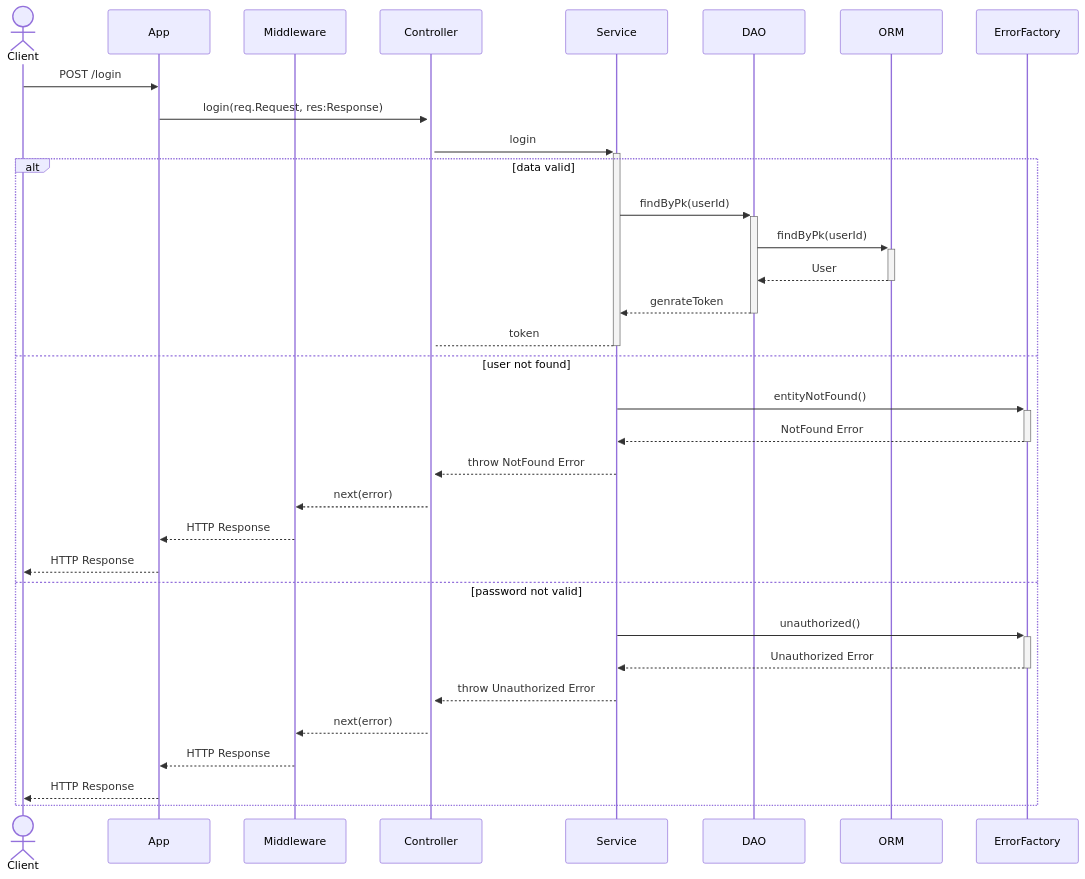
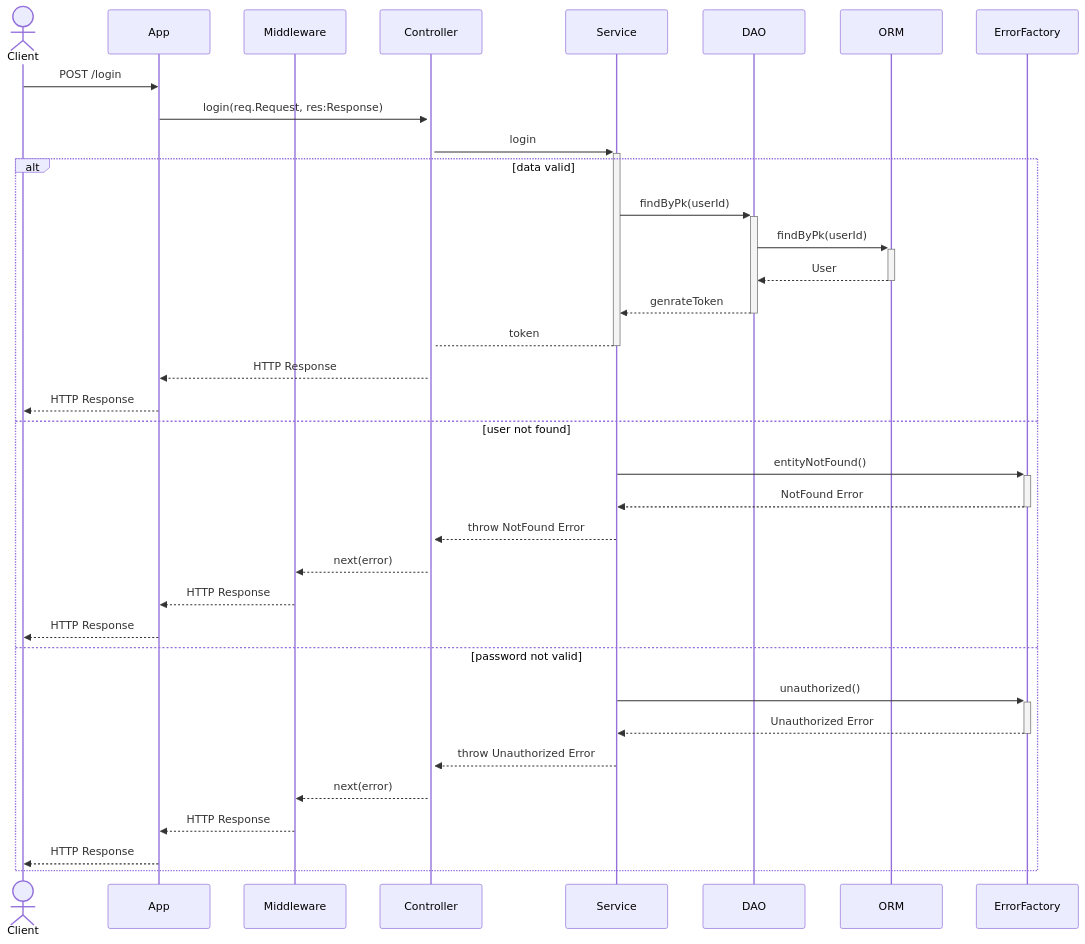
One commit to niccolociotti/parking_PA changed the third of 14 diagrams in README.md. Above: the diagram before and after it, drawn with Mermaid. The commit also changed other lines of this file, not shown here.

````diff
--- a/README.md
+++ b/README.md
@@ -339,36 +339,38 @@
 ```mermaid
 sequenceDiagram
     actor Client
     participant App
     participant Middleware
     participant Controller
     participant Service
     participant DAO
     participant ORM
     participant ErrorFactory
 
     Client->>App: POST /login
     App->>+Controller: login(req.Request, res:Response)
     Controller->>+Service: login
     alt data valid
         Service->>+DAO: findByPk(userId)
         DAO->>+ORM: findByPk(userId)
         ORM-->>-DAO: User
         DAO-->>-Service: genrateToken
         Service-->-Controller: token
+        Controller-->>App: HTTP Response
+        App-->>Client: HTTP Response
         else user not found
           Service->>+ErrorFactory: entityNotFound()
           ErrorFactory-->>-Service: NotFound Error
           Service-->>Controller: throw NotFound Error
           Controller-->>Middleware: next(error)
           Middleware-->>App: HTTP Response
           App-->>Client: HTTP Response
           else password not valid
             Service->>+ErrorFactory: unauthorized()
             ErrorFactory-->>-Service: Unauthorized Error
             Service-->>Controller: throw Unauthorized Error
             Controller-->>Middleware: next(error)
             Middleware-->>App: HTTP Response
             App-->>Client: HTTP Response
       end   
 ```
````
